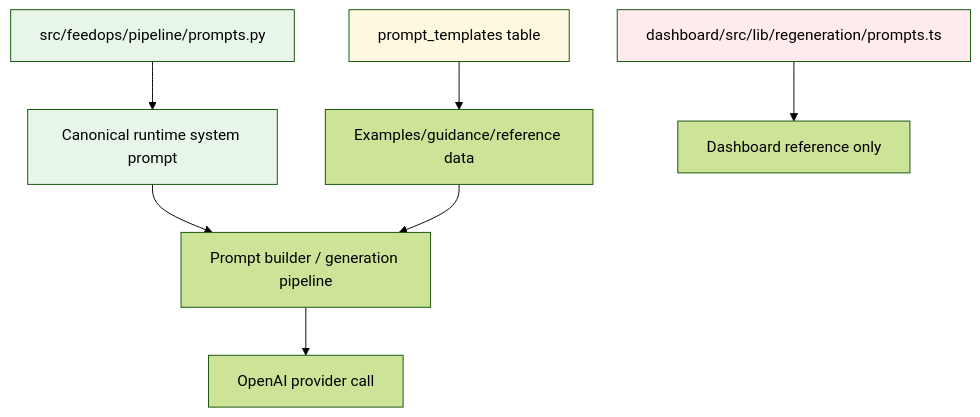
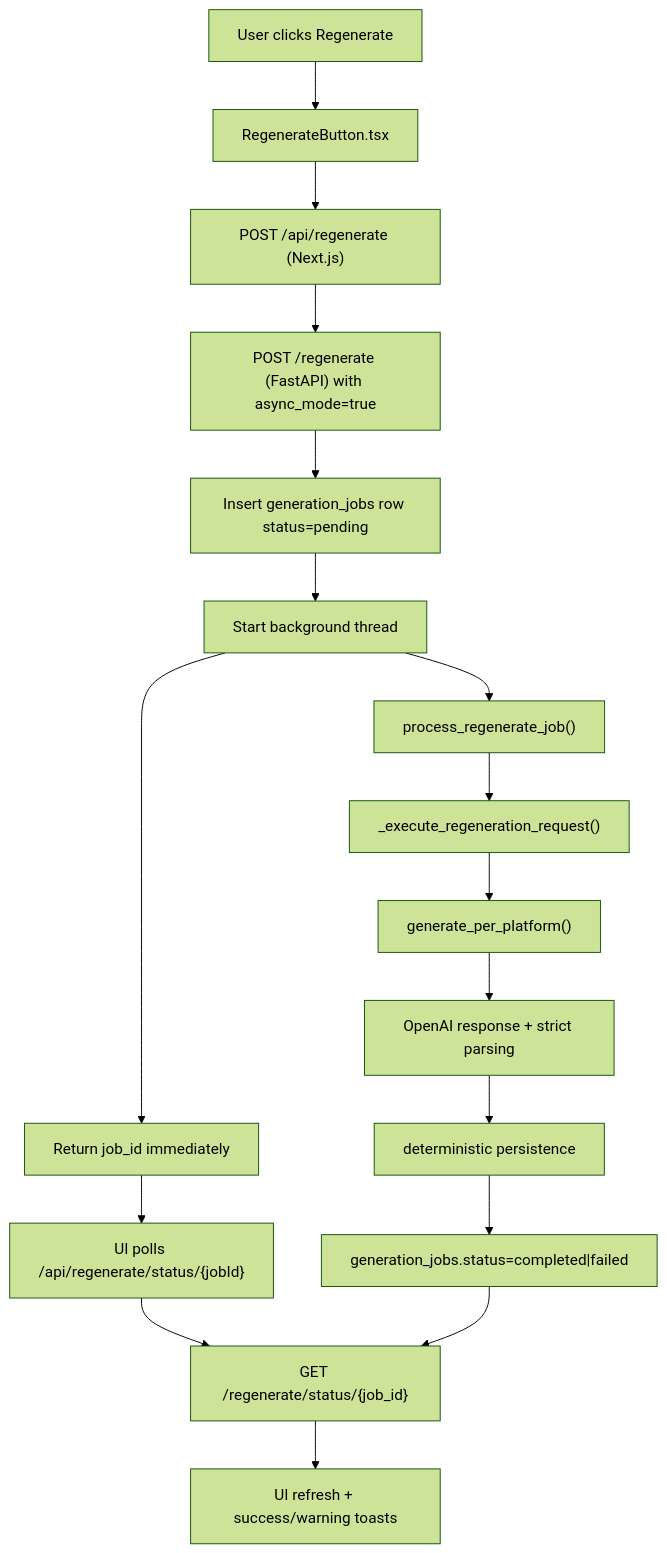
One commit to bobby-andris/Allied-FeedOps changed the third of 8 diagrams in docs/architecture/2026-02-26-prompt-source-and-generation-flow.md. Above: the diagram before and after it, drawn with Mermaid (forest theme). The commit also changed other lines of this file and 12 other files, not shown here.

First line of the commit message:
feat(regenerate): async enqueue/status path and parity guardrails (#22)

````diff
--- a/docs/architecture/2026-02-26-prompt-source-and-generation-flow.md
+++ b/docs/architecture/2026-02-26-prompt-source-and-generation-flow.md
@@ -36,16 +93,20 @@
 ```mermaid
 flowchart TD
-  A["src/feedops/pipeline/prompts.py"] --> B["Canonical runtime system prompt"]
-  B --> C["Prompt builder / generation pipeline"]
-  C --> D["OpenAI provider call"]
+  A["User clicks Regenerate"] --> B["RegenerateButton.tsx"]
+  B --> C["POST /api/regenerate (Next.js)"]
+  C --> D["POST /regenerate (FastAPI) with async_mode=true"]
+  D --> E["Insert generation_jobs row status=pending"]
+  E --> F["Start background thread"]
+  F --> G["Return job_id immediately"]
+  G --> H["UI polls /api/regenerate/status/{jobId}"]
+  H --> I["GET /regenerate/status/{job_id}"]
 
-  E["prompt_templates table"] --> F["Examples/guidance/reference data"]
-  F --> C
-
-  G["dashboard/src/lib/regeneration/prompts.ts"] --> H["Dashboard reference only"]
-
-  style A fill:#e8f5e9
-  style B fill:#e8f5e9
-  style E fill:#fff8e1
-  style G fill:#ffebee
+  F --> J["process_regenerate_job()"]
+  J --> K["_execute_regeneration_request()"]
+  K --> L["generate_per_platform()"]
+  L --> M["OpenAI response + strict parsing"]
+  M --> N["deterministic persistence"]
+  N --> O["generation_jobs.status=completed|failed"]
+  O --> I
+  I --> P["UI refresh + success/warning toasts"]
 ```
````
